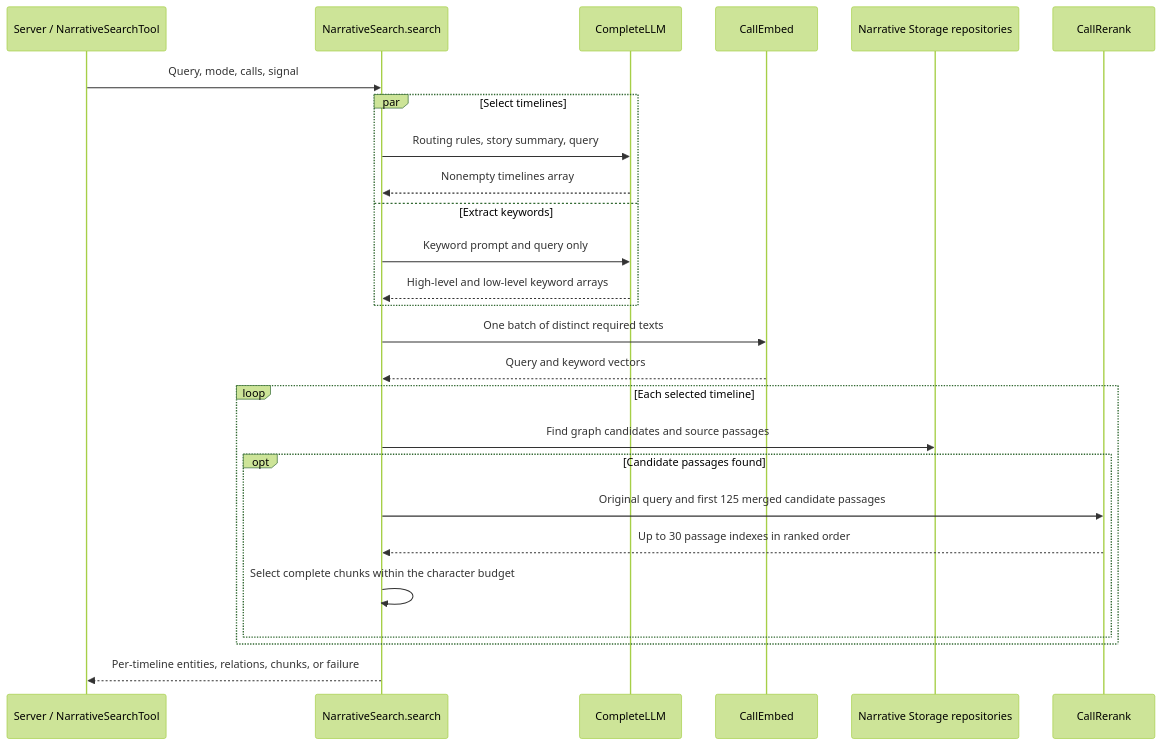
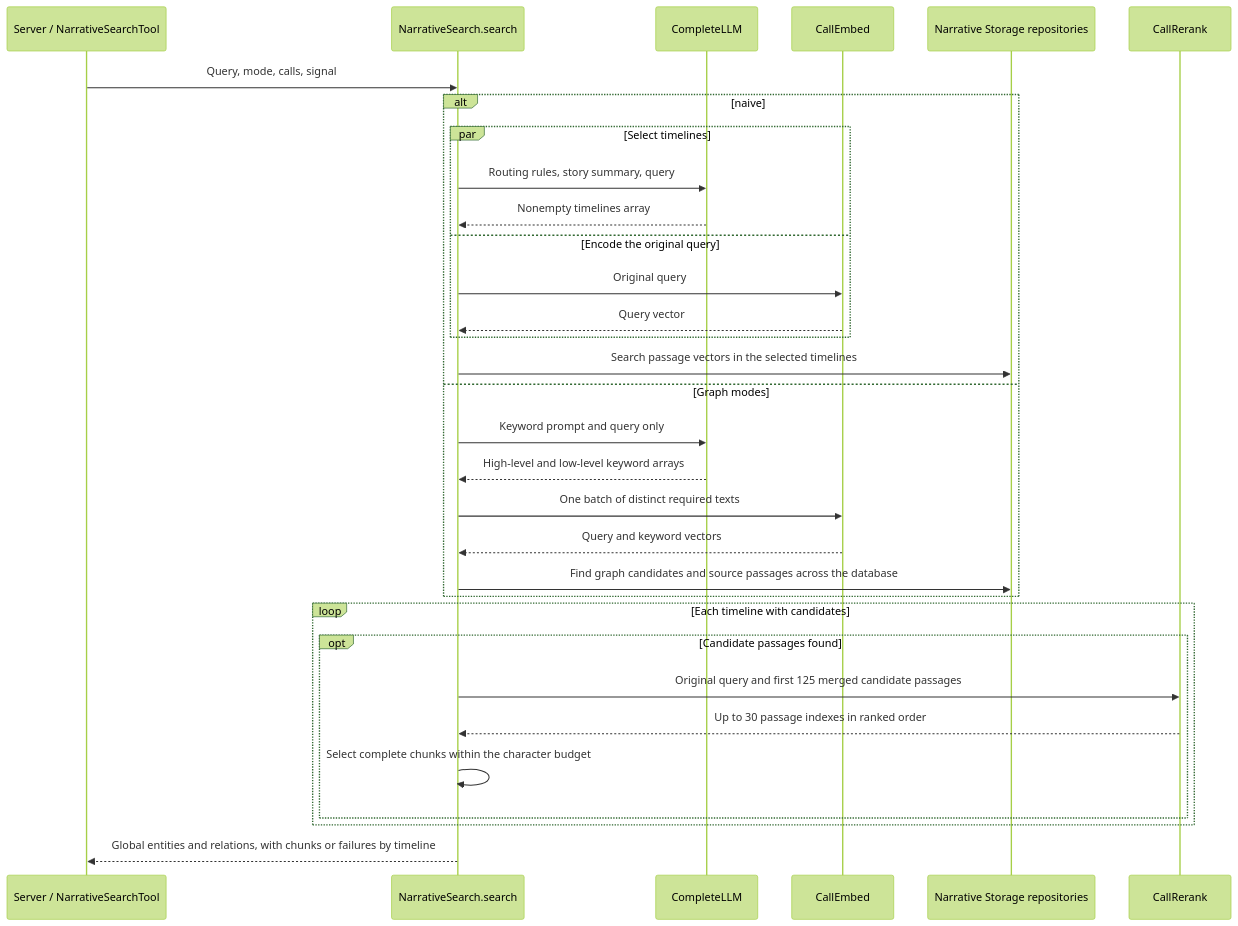
The diagram in src/narrative/README.md (chengyuZou/EmaAgent), drawn with Mermaid (forest theme) before and after one commit. The commit also changed other lines of this file and 31 other files, not shown here.

````diff
--- a/src/narrative/README.md
+++ b/src/narrative/README.md
@@ -36,28 +36,34 @@
 ```mermaid
 sequenceDiagram
     participant Host as Server / NarrativeSearchTool
     participant Search as NarrativeSearch.search
     participant LLM as CompleteLLM
     participant Embed as CallEmbed
     participant DB as Narrative Storage repositories
     participant Rank as CallRerank
     Host->>Search: Query, mode, calls, signal
-    par Select timelines
-        Search->>LLM: Routing rules, story summary, query
-        LLM-->>Search: Nonempty timelines array
-    and Extract keywords
+    alt naive
+        par Select timelines
+            Search->>LLM: Routing rules, story summary, query
+            LLM-->>Search: Nonempty timelines array
+        and Encode the original query
+            Search->>Embed: Original query
+            Embed-->>Search: Query vector
+        end
+        Search->>DB: Search passage vectors in the selected timelines
+    else Graph modes
         Search->>LLM: Keyword prompt and query only
         LLM-->>Search: High-level and low-level keyword arrays
+        Search->>Embed: One batch of distinct required texts
+        Embed-->>Search: Query and keyword vectors
+        Search->>DB: Find graph candidates and source passages across the database
     end
-    Search->>Embed: One batch of distinct required texts
-    Embed-->>Search: Query and keyword vectors
-    loop Each selected timeline
-        Search->>DB: Find graph candidates and source passages
+    loop Each timeline with candidates
         opt Candidate passages found
             Search->>Rank: Original query and first 125 merged candidate passages
             Rank-->>Search: Up to 30 passage indexes in ranked order
             Search->>Search: Select complete chunks within the character budget
         end
     end
-    Search-->>Host: Per-timeline entities, relations, chunks, or failure
+    Search-->>Host: Global entities and relations, with chunks or failures by timeline
 ```
````
